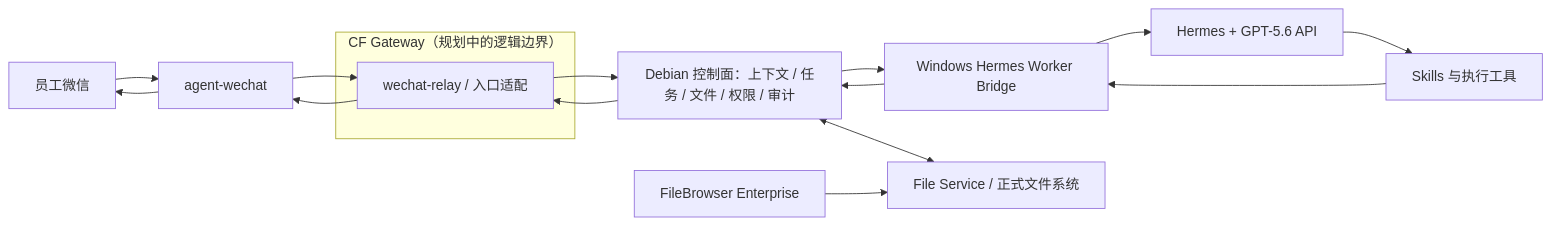
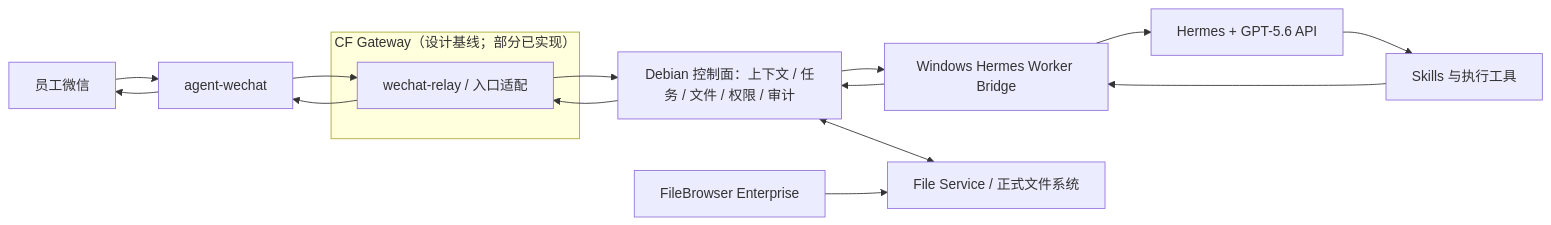
One commit to Tangbohu09527/CF_ecommerce-automation-docs changed the first of 2 diagrams in 02_系统设计.md. Above: the diagram before and after it, drawn with Mermaid. The commit also changed other lines of this file and 14 other files, not shown here.

````diff
--- a/02_系统设计.md
+++ b/02_系统设计.md
@@ -7,15 +7,15 @@
 ```mermaid
 flowchart LR
     W["员工微信"] --> A["agent-wechat"]
-    subgraph G["CF Gateway（规划中的逻辑边界）"]
+    subgraph G["CF Gateway（设计基线；部分已实现）"]
         R["wechat-relay / 入口适配"]
     end
     A --> R
     R --> C["Debian 控制面：上下文 / 任务 / 文件 / 权限 / 审计"]
     C --> B["Windows Hermes Worker Bridge"]
     B --> H["Hermes + GPT-5.6 API"]
     H --> S["Skills 与执行工具"]
     S --> B --> C --> R --> A --> W
     C <--> F["File Service / 正式文件系统"]
     FB["FileBrowser Enterprise"] --> F
 ```
````
